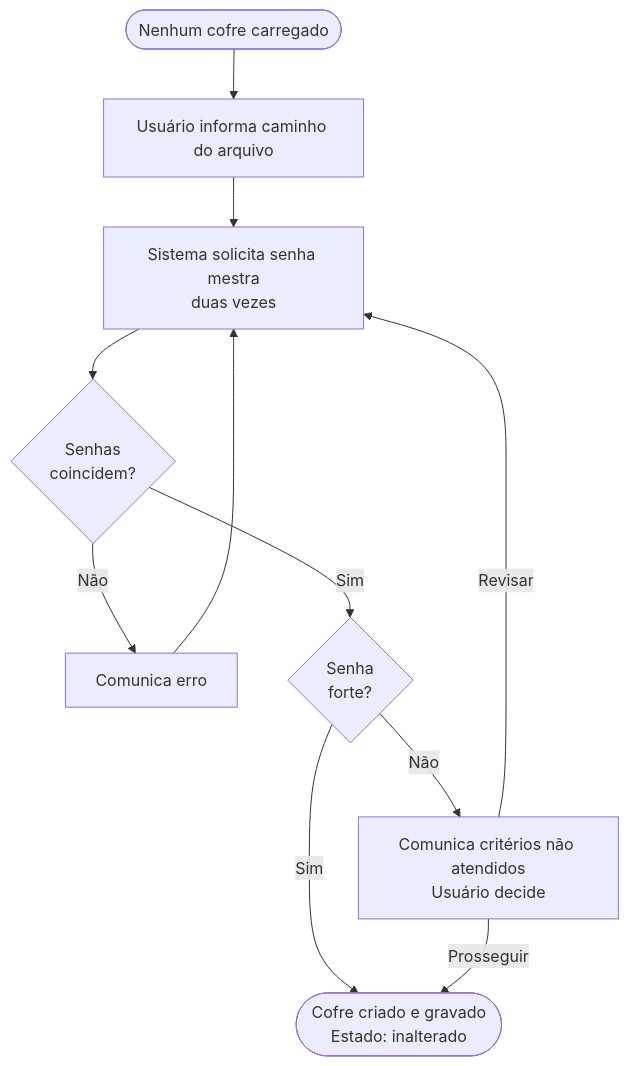
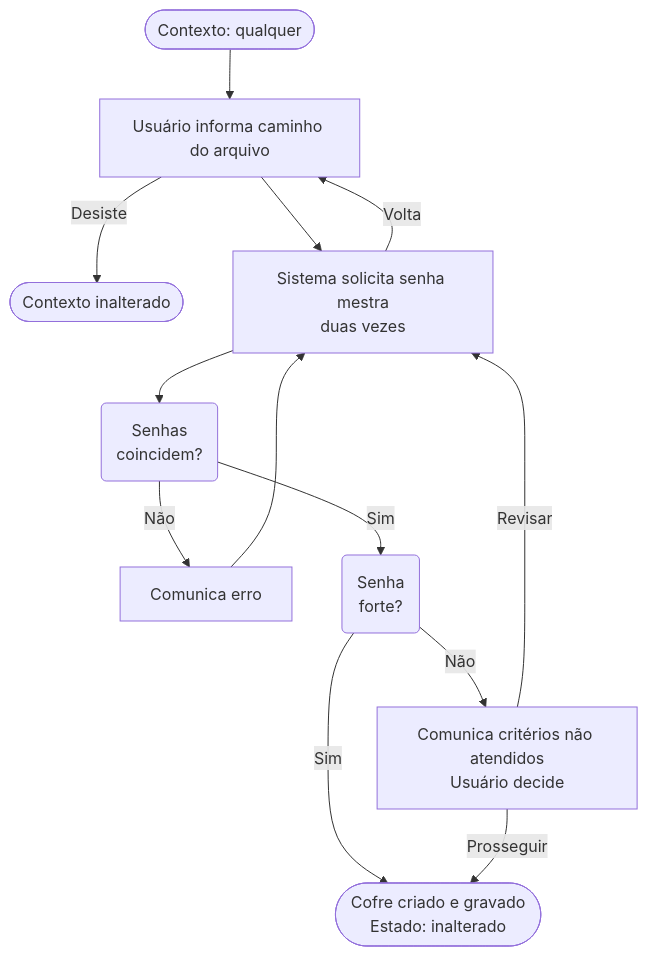
The second of 2 diagrams in fluxos.md (useful-toys/Abditum), drawn with Mermaid before and after one commit. The commit also changed other lines of this file, not shown here.

Commit message:
docs(fluxos): expand context model — add entorno global, split entorno local, add flows 3-8

````diff
--- a/fluxos.md
+++ b/fluxos.md
@@ -279,14 +276,16 @@
 ```mermaid
 flowchart TD
-    A([Nenhum cofre carregado]) --> B[Usuário informa caminho do arquivo]
+    A([Contexto: qualquer]) --> B[Usuário informa caminho do arquivo]
+    B -- Desiste --> Z([Contexto inalterado])
     B --> C[Sistema solicita senha mestra\nduas vezes]
-    C --> D{Senhas\ncoincidem?}
+    C -- Volta --> B
+    C --> D(Senhas\ncoincidem?)
     D -- Não --> E[Comunica erro]
     E --> C
-    D -- Sim --> F{Senha\nforte?}
+    D -- Sim --> F(Senha\nforte?)
     F -- Sim --> G
     F -- Não --> H[Comunica critérios não atendidos\nUsuário decide]
     H -- Revisar --> C
     H -- Prosseguir --> G
     G([Cofre criado e gravado\nEstado: inalterado])
 ```
````
